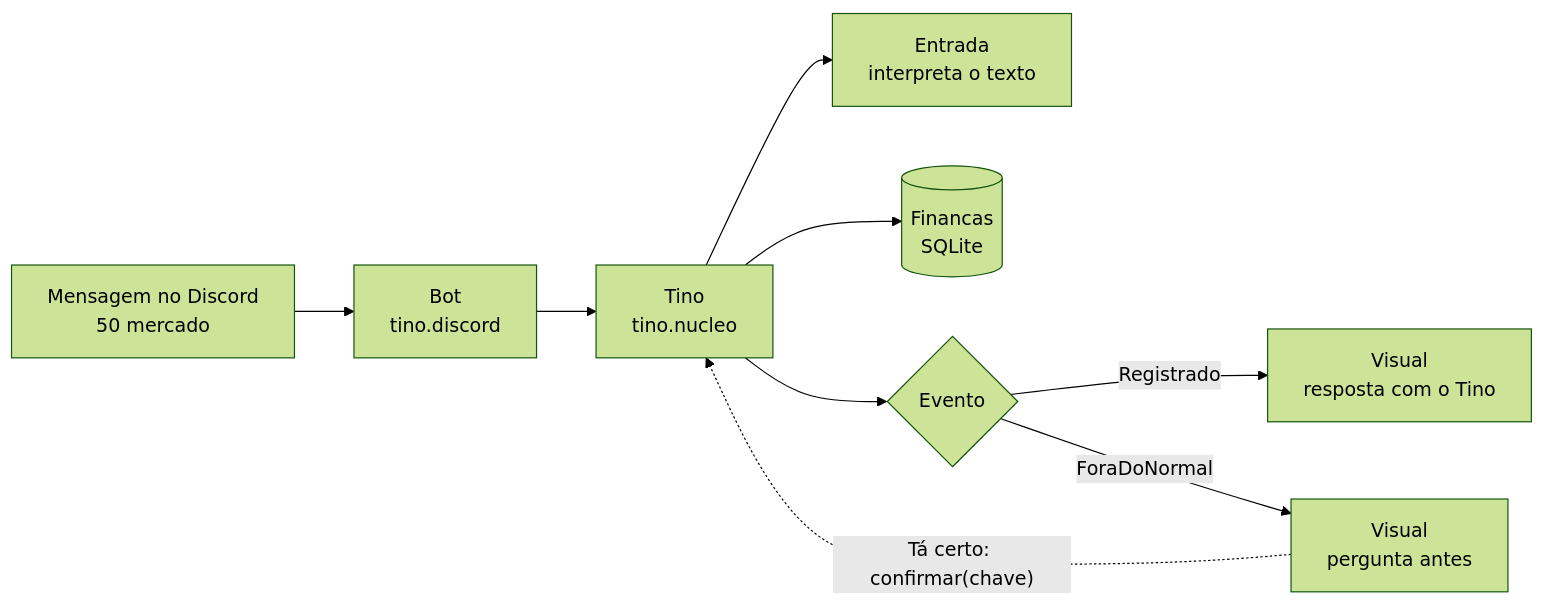
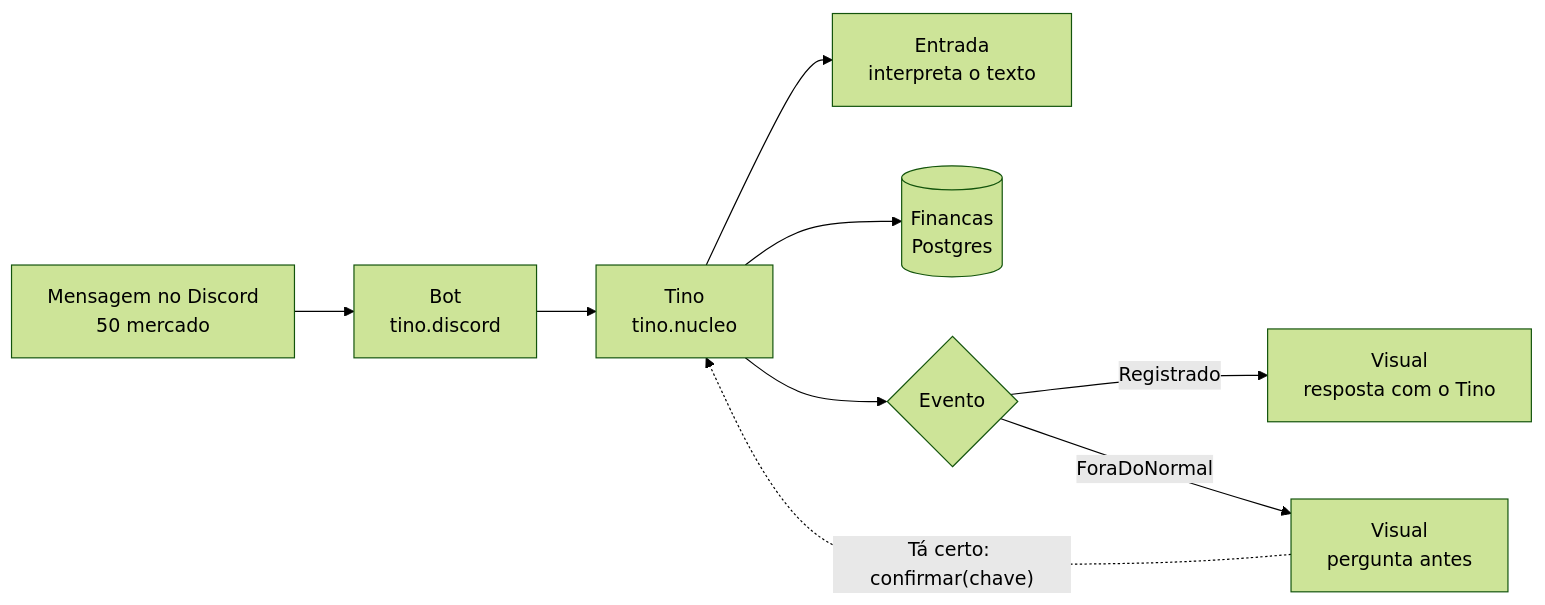
Before and after one commit to hemkdev/tino: the diagram in README.md, drawn with Mermaid (forest theme). The commit also changed other lines of this file and 17 other files, not shown here.

First line of the commit message:
feat: troca o sqlite pelo postgres com migrations do flyway (#15)

````diff
--- a/README.md
+++ b/README.md
@@ -50,11 +50,11 @@
 ```mermaid
 flowchart LR
     msg["Mensagem no Discord<br/>50 mercado"] --> bot["Bot<br/>tino.discord"]
     bot --> tino["Tino<br/>tino.nucleo"]
     tino --> entrada["Entrada<br/>interpreta o texto"]
-    tino --> fin[("Financas<br/>SQLite")]
+    tino --> fin[("Financas<br/>Postgres")]
     tino --> ev{"Evento"}
     ev -- Registrado --> vis["Visual<br/>resposta com o Tino"]
     ev -- ForaDoNormal --> pend["Visual<br/>pergunta antes"]
     pend -. "Tá certo: confirmar(chave)" .-> tino
 ```
````
